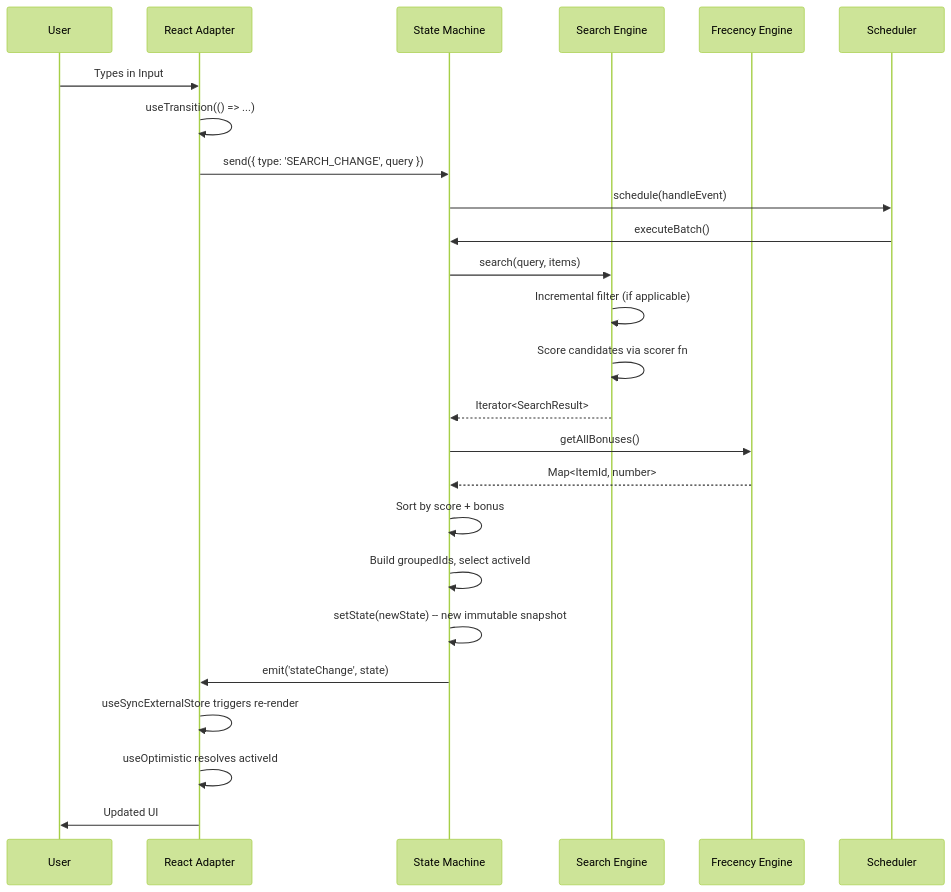
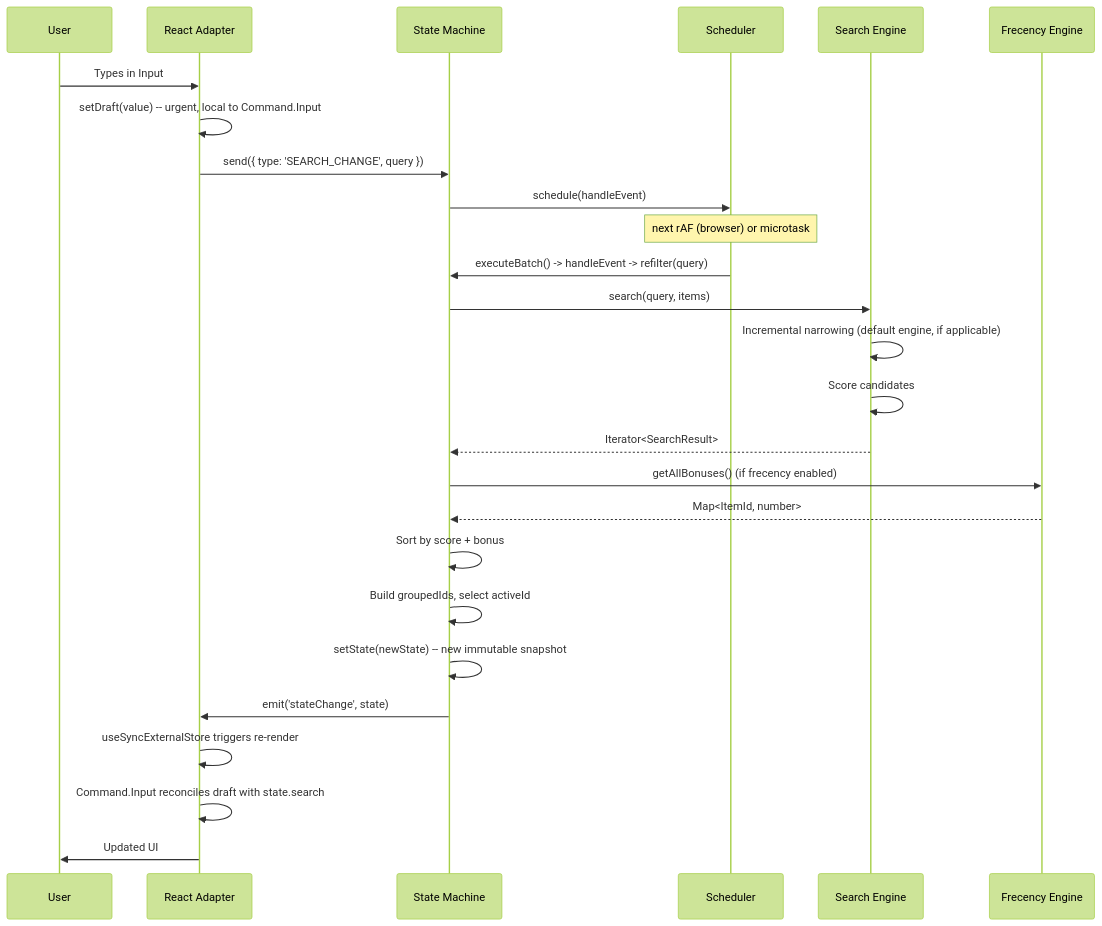
The fifth of 5 diagrams in ARCHITECTURE.md (ABCrimson/modern-cmdk), drawn with Mermaid (forest theme) before and after one commit. The commit also changed other lines of this file, not shown here.

First line of the commit message:
docs(architecture): ARCHITECTURE.md describes the code as built

````diff
--- a/ARCHITECTURE.md
+++ b/ARCHITECTURE.md
@@ -430,28 +471,29 @@
 ```mermaid
 sequenceDiagram
     participant User
     participant React as React Adapter
     participant Machine as State Machine
+    participant Scheduler
     participant Search as Search Engine
     participant Frecency as Frecency Engine
-    participant Scheduler
 
     User->>React: Types in Input
-    React->>React: useTransition(() => ...)
+    React->>React: setDraft(value) -- urgent, local to Command.Input
     React->>Machine: send({ type: 'SEARCH_CHANGE', query })
     Machine->>Scheduler: schedule(handleEvent)
-    Scheduler->>Machine: executeBatch()
+    Note over Scheduler: next rAF (browser) or microtask
+    Scheduler->>Machine: executeBatch() -> handleEvent -> refilter(query)
     Machine->>Search: search(query, items)
-    Search->>Search: Incremental filter (if applicable)
-    Search->>Search: Score candidates via scorer fn
+    Search->>Search: Incremental narrowing (default engine, if applicable)
+    Search->>Search: Score candidates
     Search-->>Machine: Iterator<SearchResult>
-    Machine->>Frecency: getAllBonuses()
+    Machine->>Frecency: getAllBonuses() (if frecency enabled)
     Frecency-->>Machine: Map<ItemId, number>
     Machine->>Machine: Sort by score + bonus
     Machine->>Machine: Build groupedIds, select activeId
     Machine->>Machine: setState(newState) -- new immutable snapshot
     Machine->>React: emit('stateChange', state)
     React->>React: useSyncExternalStore triggers re-render
-    React->>React: useOptimistic resolves activeId
+    React->>React: Command.Input reconciles draft with state.search
     React->>User: Updated UI
 ```
````
